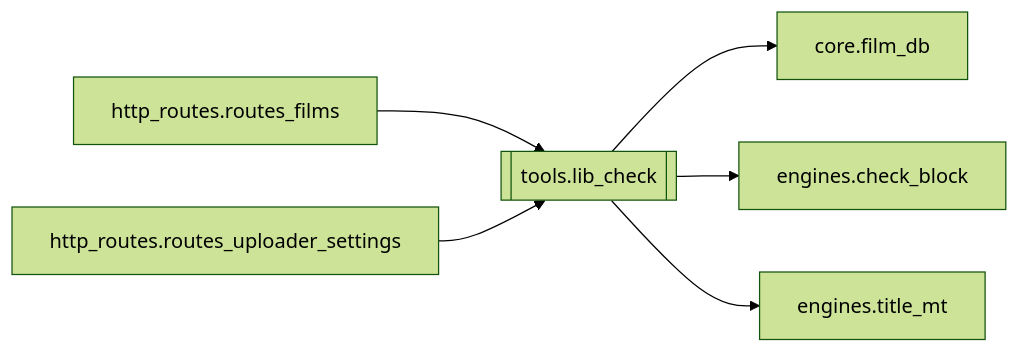
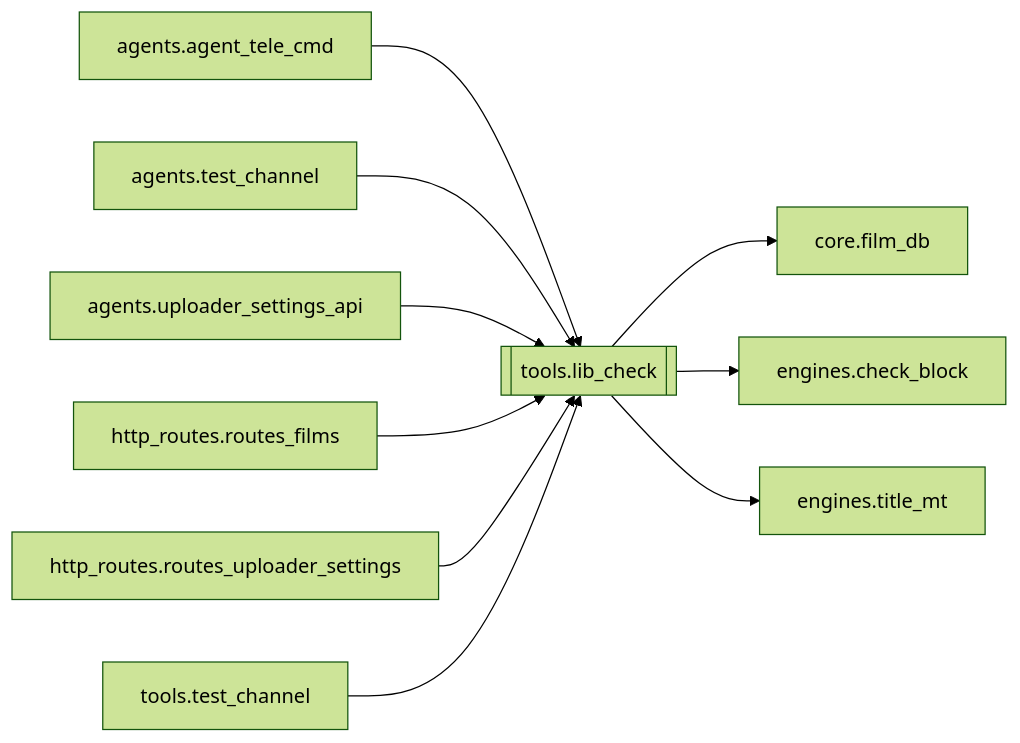
One commit to kjza178/PinelineV5 changed the diagram in docs/brain/modules/tools.lib_check.md. Above: the diagram before and after it, drawn with Mermaid (forest theme). The commit also changed other lines of this file and 227 other files, not shown here.

````diff
--- a/docs/brain/modules/tools.lib_check.md
+++ b/docs/brain/modules/tools.lib_check.md
@@ -17,9 +18,13 @@
 ```mermaid
 flowchart LR
   tools_lib_check[[tools.lib_check]]
+  agents_agent_tele_cmd[agents.agent_tele_cmd] --> tools_lib_check
+  agents_test_channel[agents.test_channel] --> tools_lib_check
+  agents_uploader_settings_api[agents.uploader_settings_api] --> tools_lib_check
   http_routes_routes_films[http_routes.routes_films] --> tools_lib_check
   http_routes_routes_uploader_settings[http_routes.routes_uploader_settings] --> tools_lib_check
+  tools_test_channel[tools.test_channel] --> tools_lib_check
   tools_lib_check --> core_film_db[core.film_db]
   tools_lib_check --> engines_check_block[engines.check_block]
   tools_lib_check --> engines_title_mt[engines.title_mt]
 ```
````
